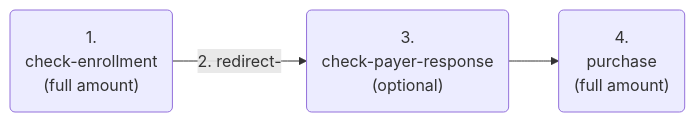
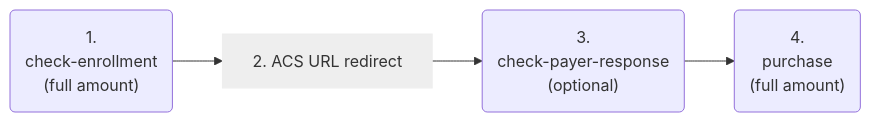
Before and after one commit to wirecard/merchant-documentation-gateway: the fourth of 17 diagrams in 11-01-09-three-d-secure-two-payment-flows.adoc, drawn with Mermaid. The commit also changed other lines of this file, not shown here.

Commit message:
Update payment flow graphics

```diff
--- a/11-01-09-three-d-secure-two-payment-flows.adoc
+++ b/11-01-09-three-d-secure-two-payment-flows.adoc
@@ -510,6 +519,9 @@
 [mermaid,API_CC_3DS2_PaymentFlows_FirstPaymentCICheckout_SubsequentOptionOne,svg,width=60]
 ----
 graph LR
-A("<center>1.<br>check-enrollment<br>(full amount)"</center>)-->|2. redirect-| B("<center>3.<br>check-payer-response<br>(optional)</center>")
-B-->C("<center>4.<br>purchase<br>(full amount)</center>")
+A("<center>1.<br>check-enrollment<br>(full amount)</center>")-->B
+B["<center>2. ACS URL redirect</center>"]-->C
+C("<center>3.<br>check-payer-response<br>(optional)</center>")-->D
+D("<center>4.<br>purchase<br>(full amount)</center>")
+style B fill:#eee, stroke:#eee
 ----
```
